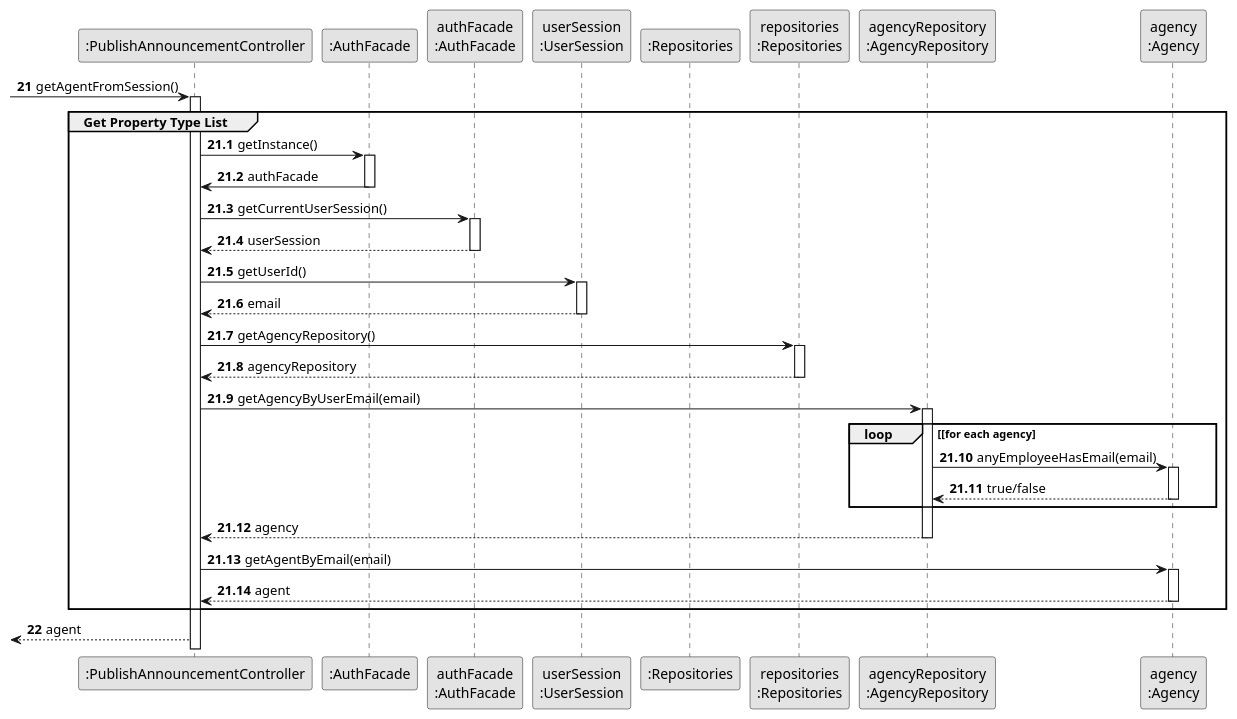
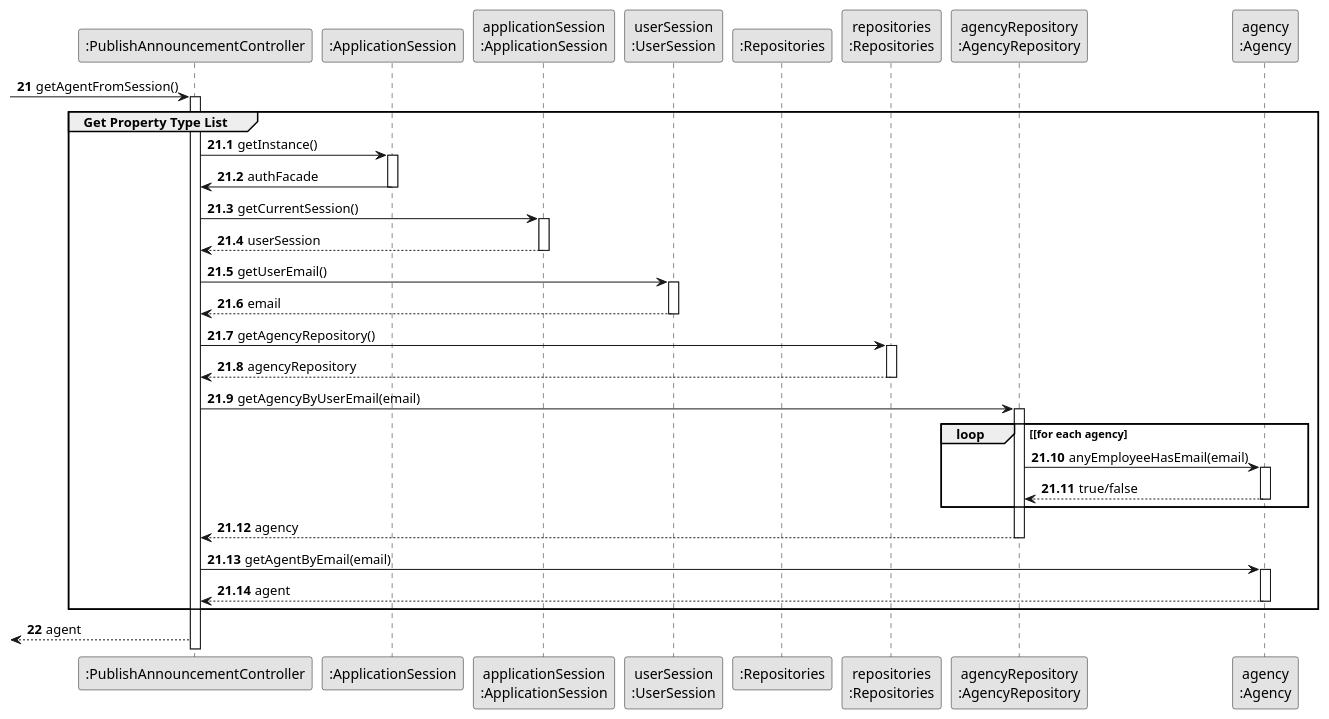
One commit to rita-barbosa/LAPR2-2223 changed the diagram in docs/sprintB/us002/03.design/puml/us002-sequence-diagram-partial-get-agent.puml. Above: the diagram before and after it, drawn with PlantUML. The commit also changed 9 other files, not shown here.

Commit message:
Update of sequence diagrams [US002][Design]

```diff
--- a/docs/sprintB/us002/03.design/puml/us002-sequence-diagram-partial-get-agent.puml
+++ b/docs/sprintB/us002/03.design/puml/us002-sequence-diagram-partial-get-agent.puml
@@ -1,81 +1,81 @@
 @startuml
 skinparam monochrome true
 skinparam packageStyle rectangle
 skinparam shadowing false\
 
 
 
 participant ":PublishAnnouncementController" as CTRL
-participant ":AuthFacade" as _APP
-participant "authFacade\n:AuthFacade" as APP
+participant ":ApplicationSession" as _APP
+participant "applicationSession\n:ApplicationSession" as APP
 participant "userSession\n:UserSession" as SESSION
 participant ":Repositories" as RepositorySingleton
 participant "repositories\n:Repositories" as PLAT
 participant "agencyRepository\n:AgencyRepository" as AgencyRepository
 participant "agency\n:Agency" as AGENCY
 
 
 autonumber 21
 
              -> CTRL : getAgentFromSession()
              activate CTRL
 
 autonumber 21.1
 
     group Get Property Type List
 
              CTRL -> _APP: getInstance()
              activate _APP
              _APP -> CTRL: authFacade
              deactivate _APP
 
 
-             CTRL -> APP: getCurrentUserSession()
+             CTRL -> APP: getCurrentSession()
              activate APP
 
                  APP --> CTRL: userSession
              deactivate APP
 
-             CTRL -> SESSION: getUserId()
+             CTRL -> SESSION: getUserEmail()
              activate SESSION
 
                  SESSION --> CTRL: email
              deactivate SESSION
 
 
              CTRL -> PLAT: getAgencyRepository()
              activate PLAT
 
                  PLAT --> CTRL: agencyRepository
              deactivate PLAT
 
 
              CTRL -> AgencyRepository: getAgencyByUserEmail(email)
              activate AgencyRepository
 
                  loop [for each agency
                      AgencyRepository -> AGENCY : anyEmployeeHasEmail(email)
                      activate AGENCY
 
                           AGENCY --> AgencyRepository : true/false
                      deactivate AGENCY
                  end
                  AgencyRepository --> CTRL : agency
              deactivate AgencyRepository
 
              CTRL -> AGENCY: getAgentByEmail(email)
              activate AGENCY
 
                  AGENCY --> CTRL : agent
              deactivate AGENCY
 
 
 
 
     end
 
 autonumber 22
 
     <-- CTRL : agent
 
 @enduml
```
